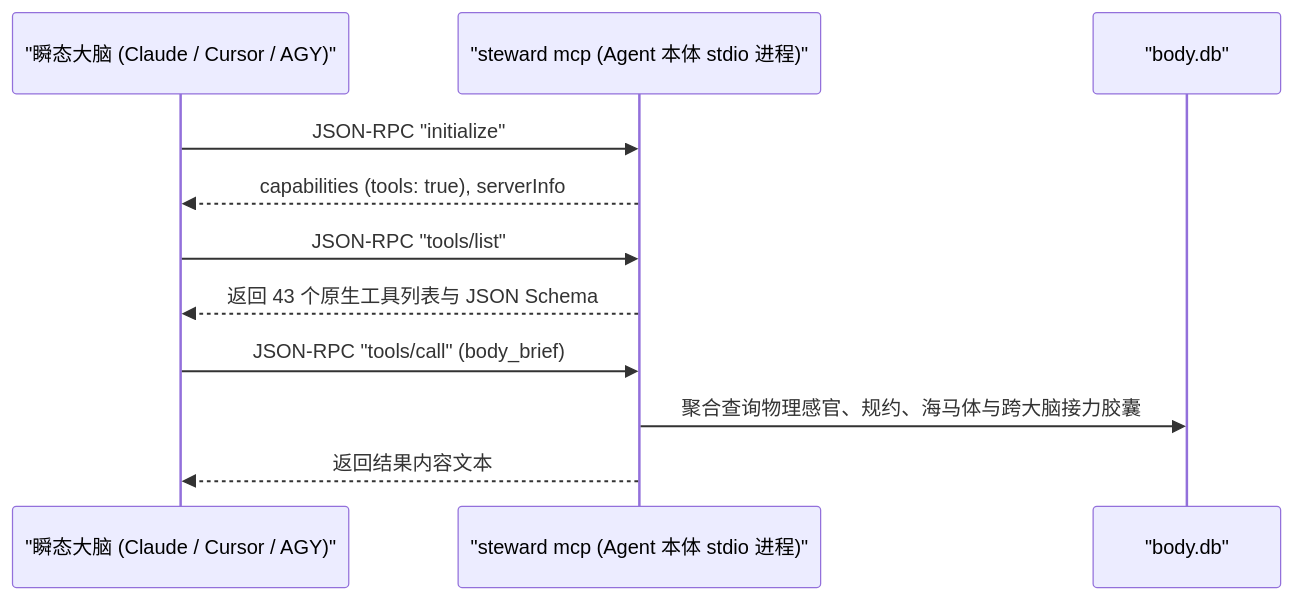
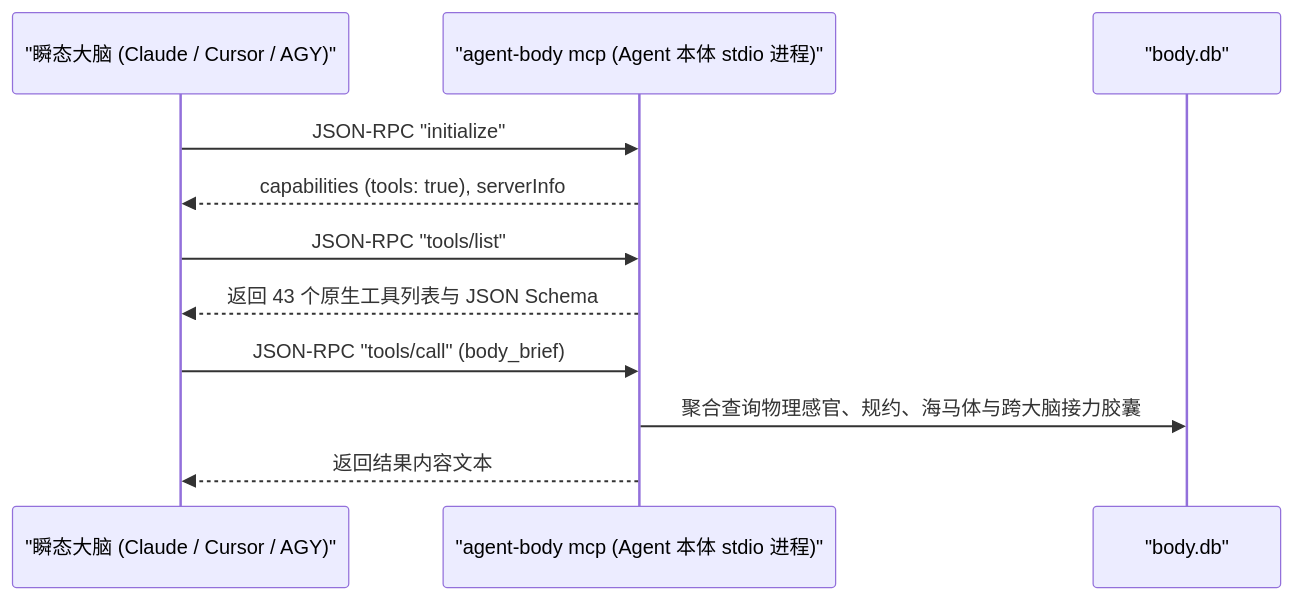
The diagram in docs/manual/04-mcp-integration.md (digoal/agent-body), drawn with Mermaid before and after one commit. The commit also changed other lines of this file and 181 other files, not shown here.

Commit message:
chore(release): complete Phase 56 architecture governance & Phase 57 v1.0.0 GA

````diff
--- a/docs/manual/04-mcp-integration.md
+++ b/docs/manual/04-mcp-integration.md
@@ -11,14 +11,14 @@
 ```mermaid
 sequenceDiagram
     participant Agent as "瞬态大脑 (Claude / Cursor / AGY)"
-    participant Steward as "steward mcp (Agent 本体 stdio 进程)"
+    participant Steward as "agent-body mcp (Agent 本体 stdio 进程)"
     participant SQLite as "body.db"
 
     Agent->>Steward: JSON-RPC "initialize"
     Steward-->>Agent: capabilities (tools: true), serverInfo
     Agent->>Steward: JSON-RPC "tools/list"
     Steward-->>Agent: 返回 43 个原生工具列表与 JSON Schema
     Agent->>Steward: JSON-RPC "tools/call" (body_brief)
     Steward->>SQLite: 聚合查询物理感官、规约、海马体与跨大脑接力胶囊
     Steward-->>Agent: 返回结果内容文本
 ```
````
